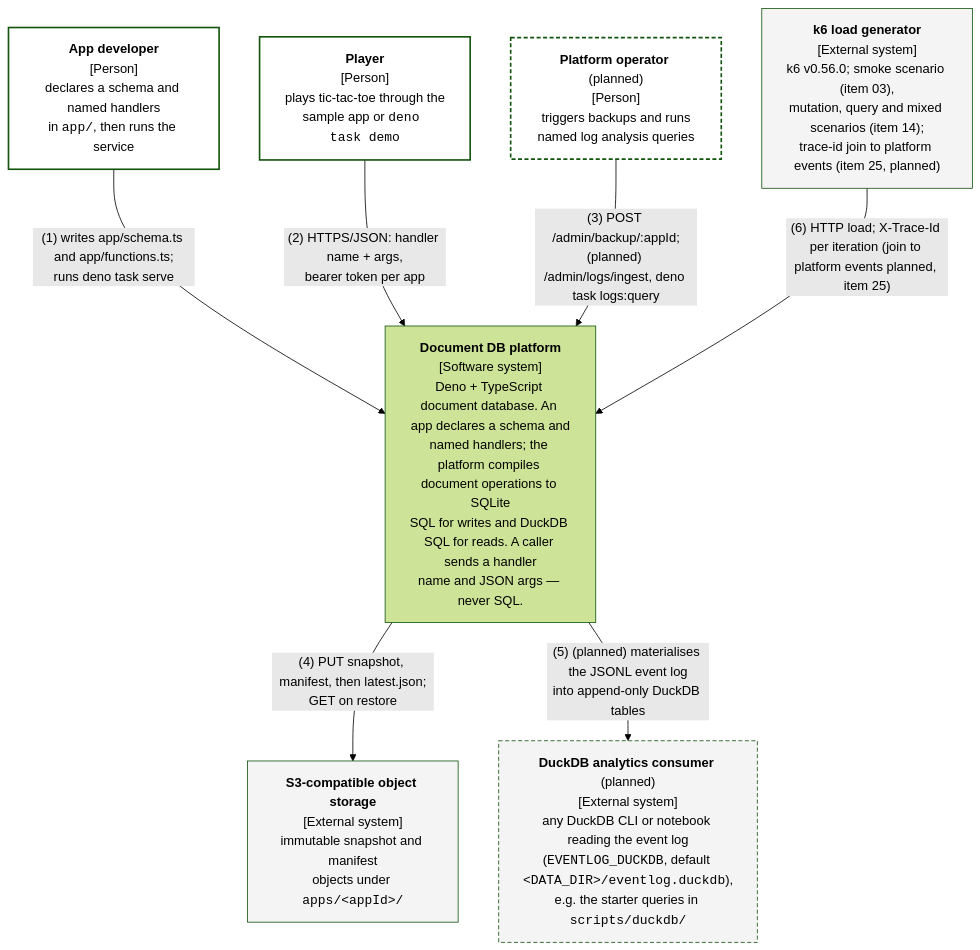
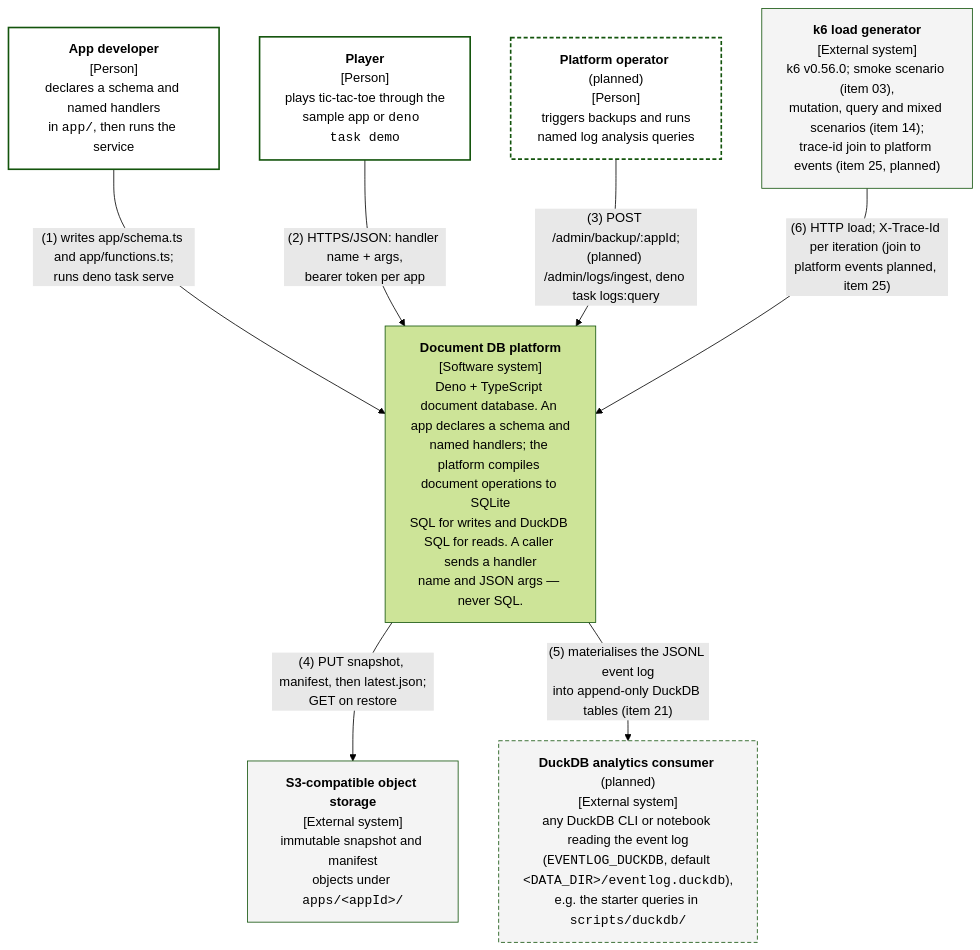
One commit to nickstrad/ts-db changed the diagram in docs/architecture/c4-context-document-db.github.md. Above: the diagram before and after it, drawn with Mermaid (forest theme). The commit also changed other lines of this file and 9 other files, not shown here.

Commit message:
docs: update C4 diagrams for item 21

````diff
--- a/docs/architecture/c4-context-document-db.github.md
+++ b/docs/architecture/c4-context-document-db.github.md
@@ -14,26 +14,26 @@
 ```mermaid
 flowchart TB
     dev["<b>App developer</b><br/>[Person]<br/>declares a schema and named handlers<br/>in <code>app/</code>, then runs the service"]
     player["<b>Player</b><br/>[Person]<br/>plays tic-tac-toe through the<br/>sample app or <code>deno task demo</code>"]
     op["<b>Platform operator</b> (planned)<br/>[Person]<br/>triggers backups and runs<br/>named log analysis queries"]
 
     plat["<b>Document DB platform</b><br/>[Software system]<br/>Deno + TypeScript document database. An app declares a schema and<br/>named handlers; the platform compiles document operations to SQLite<br/>SQL for writes and DuckDB SQL for reads. A caller sends a handler<br/>name and JSON args — never SQL."]
 
     s3["<b>S3-compatible object storage</b><br/>[External system]<br/>immutable snapshot and manifest<br/>objects under <code>apps/&lt;appId&gt;/</code>"]
     duck["<b>DuckDB analytics consumer</b> (planned)<br/>[External system]<br/>any DuckDB CLI or notebook reading the event log<br/>(<code>EVENTLOG_DUCKDB</code>, default <code>&lt;DATA_DIR&gt;/eventlog.duckdb</code>),<br/>e.g. the starter queries in <code>scripts/duckdb/</code>"]
     k6["<b>k6 load generator</b><br/>[External system]<br/>k6 v0.56.0; smoke scenario (item 03),<br/>mutation, query and mixed scenarios (item 14);<br/>trace-id join to platform events (item 25, planned)"]
 
     dev -->|"(1) writes app/schema.ts and app/functions.ts;<br/>runs deno task serve"| plat
     player -->|"(2) HTTPS/JSON: handler name + args,<br/>bearer token per app"| plat
     op -->|"(3) POST /admin/backup/:appId;<br/>(planned) /admin/logs/ingest, deno task logs:query"| plat
     plat -->|"(4) PUT snapshot, manifest, then latest.json;<br/>GET on restore"| s3
-    plat -->|"(5) (planned) materialises the JSONL event log<br/>into append-only DuckDB tables"| duck
+    plat -->|"(5) materialises the JSONL event log<br/>into append-only DuckDB tables (item 21)"| duck
     k6 -->|"(6) HTTP load; X-Trace-Id per iteration (join to platform events planned, item 25)"| plat
 
     classDef planned stroke-dasharray: 5 3
     classDef person fill:#fff,stroke-width:2px
     classDef external fill:#f4f4f4
     class dev,player,op person
     class s3,duck,k6 external
     class op,duck planned
 ```
````
